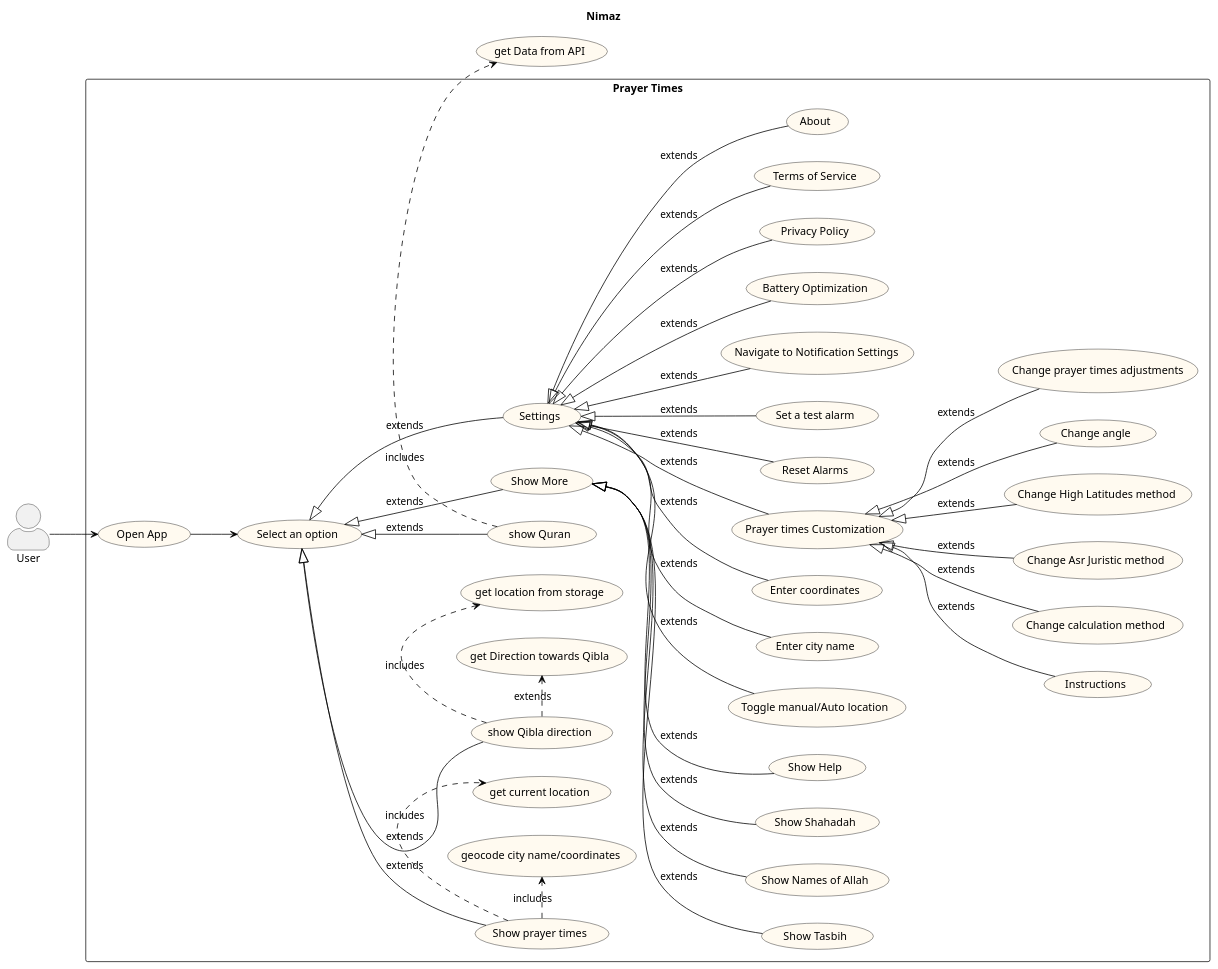
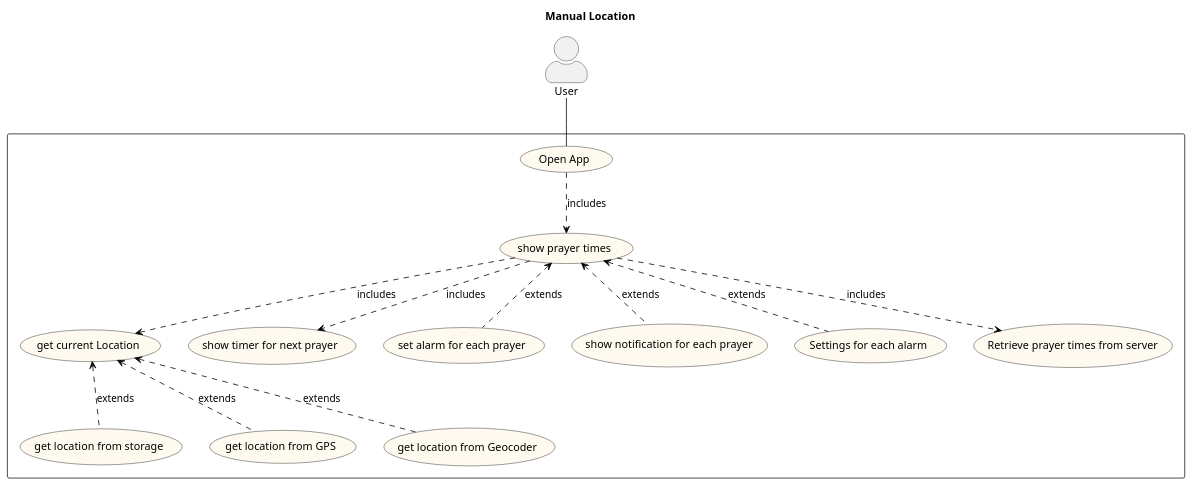
Before and after one commit to arshad-shah/Nimaz: the diagram in app/src/main/java/com/arshadshah/nimaz/diagrams/useCaseDiagrams/PrayerTimes.puml, drawn with PlantUML. The commit also changed 10 other files, not shown here.

```diff
--- a/app/src/main/java/com/arshadshah/nimaz/diagrams/useCaseDiagrams/PrayerTimes.puml
+++ b/app/src/main/java/com/arshadshah/nimaz/diagrams/useCaseDiagrams/PrayerTimes.puml
@@ -1,113 +1,47 @@
 @startuml
-title "Nimaz"
+title "Manual Location"
 'the user case diagram
-skinparam packageStyle rectangle
 skinparam actorStyle awesome
 skinparam usecase {
     BackgroundColor FloralWhite
     BorderColor Black
     ArrowColor Black
 }
 
-left to right direction
-actor User
+actor "User" as user
 
-rectangle "Prayer Times" {
-    (Open App) as (1)
+rectangle {
+    (Open App)
 
-    (Show prayer times) as (2)
-    (show Qibla direction) as (3)
-    (show Quran) as (4)
+    (show prayer times)
 
-    (Show More) as (5)
-    (Show Tasbih) as (6)
-    (Show Names of Allah) as (7)
-    (Show Shahadah) as (8)
-    (Show Help) as (9)
+    (get current Location)
 
-    (get current location) as (10)
-    (geocode city name/coordinates) as (11)
+    (get location from storage)
+    (get location from GPS)
+    (get location from Geocoder)
 
-    (Settings) as (12)
-    (Toggle manual/Auto location) as (13)
-    (Enter city name) as (14)
-    (Enter coordinates) as (15)
+    (show timer for next prayer)
 
-    (Prayer times Customization) as (16)
-    (Instructions) as (17)
-    (Change calculation method) as (18)
-    (Change Asr Juristic method) as (19)
-    (Change High Latitudes method) as (20)
-    (Change angle) as (21)
-    (Change prayer times adjustments) as (22)
-
-    (Reset Alarms) as (23)
-    (Set a test alarm)  as (24)
-    (Navigate to Notification Settings) as (25)
-
-    (Battery Optimization) as (26)
-
-    (Privacy Policy) as (27)
-    (Terms of Service) as (28)
-    (About) as (29)
-
-    (Select an option) as (30)
-
-    (get Direction towards Qibla) as (31)
-    (get location from storage) as (32)
-}
-
-   (get Data from API) as (33)
+    (set alarm for each prayer)
+    (show notification for each prayer)
+    (Settings for each alarm)
+    (Retrieve prayer times from server) as (2)
 
 
-'connections
-User --> (1)
-(1) --> (30)
+    'open app and show prayer times
+    user -- (Open App)
+    (Open App) -.> (show prayer times) : includes
 
-'navigation
-(30) <|-- (2) : extends
-(30) <|-- (3) : extends
-(30) <|-- (4) : extends
-(30) <|-- (5) : extends
-(30) <|-- (12) : extends
+    (show prayer times) -.> (get current Location) : includes
+    (get current Location) <.- (get location from storage) : extends
+    (get current Location) <.- (get location from GPS) : extends
+    (get current Location) <.- (get location from Geocoder) : extends
 
-'prayer times
-(2) .> (10) : includes
-(2) .> (11) : includes
-
-'Qibla
-(3) .> (32) : includes
-(3) .> (31) : extends
-
-'More
-(5) <|-- (6) : extends
-(5) <|-- (7) : extends
-(5) <|-- (8) : extends
-(5) <|-- (9) : extends
-
-'Settings
-(12) <|-- (13) : extends
-(12) <|-- (14) : extends
-(12) <|-- (15) : extends
-(12) <|-- (16) : extends
-(12) <|-- (23) : extends
-(12) <|-- (24) : extends
-(12) <|-- (25) : extends
-(12) <|-- (26) : extends
-(12) <|-- (27) : extends
-(12) <|-- (28) : extends
-(12) <|-- (29) : extends
-
-'prayer times customization
-(16) <|-- (17) : extends
-(16) <|-- (18) : extends
-(16) <|-- (19) : extends
-(16) <|-- (20) : extends
-(16) <|-- (21) : extends
-(16) <|-- (22) : extends
-
-'Quran
-(4) .> (33) : includes
-
-
+    (show prayer times) -.> (show timer for next prayer) : includes
+    (show prayer times) <.- (set alarm for each prayer) : extends
+    (show prayer times) <.- (show notification for each prayer) : extends
+    (show prayer times) <.- (Settings for each alarm) : extends
+    (show prayer times) -.> (2) : includes
+}
 @enduml
```
